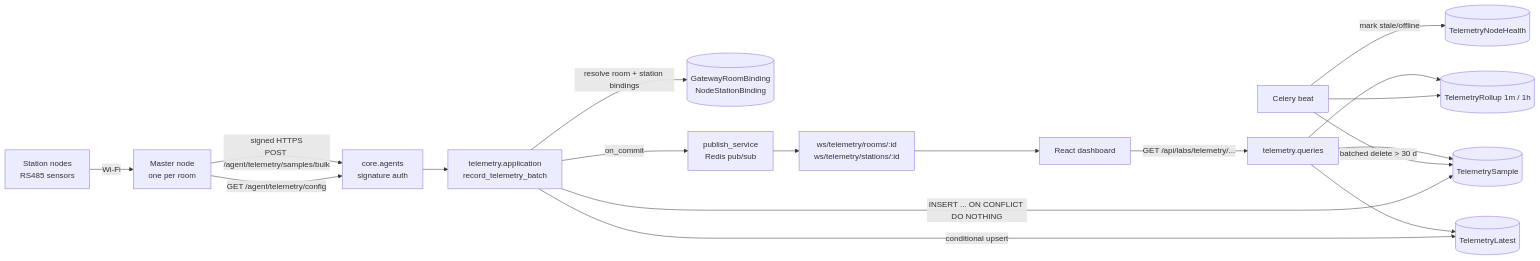
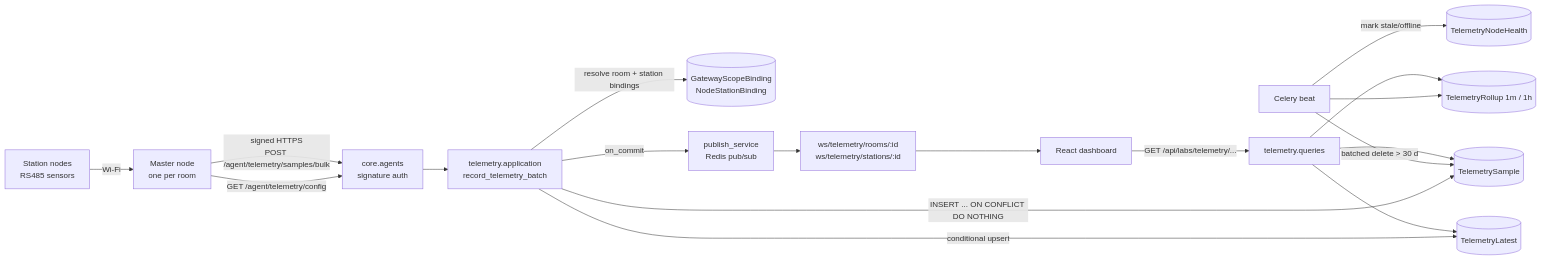
Before and after one commit to angustino88/lab-mango: the second of 4 diagrams in docs/proposals/environment-telemetry.md, drawn with Mermaid. The commit also changed other lines of this file, not shown here.

````diff
--- a/docs/proposals/environment-telemetry.md
+++ b/docs/proposals/environment-telemetry.md
@@ -151,18 +183,18 @@
 ```mermaid
 flowchart LR
   SN[Station nodes<br/>RS485 sensors] -- Wi-Fi --> N[Master node<br/>one per room]
   N -- "GET /agent/telemetry/config" --> AG
   N -- "signed HTTPS<br/>POST /agent/telemetry/samples/bulk" --> AG[core.agents<br/>signature auth]
   AG --> CMD[telemetry.application<br/>record_telemetry_batch]
-  CMD -- resolve room + station bindings --> B[(GatewayRoomBinding<br/>NodeStationBinding)]
+  CMD -- resolve room + station bindings --> B[(GatewayScopeBinding<br/>NodeStationBinding)]
   CMD -- INSERT ... ON CONFLICT DO NOTHING --> S[(TelemetrySample)]
   CMD -- conditional upsert --> L[(TelemetryLatest)]
   CMD -- on_commit --> P[publish_service<br/>Redis pub/sub]
   P --> WS[ws/telemetry/rooms/:id<br/>ws/telemetry/stations/:id]
   WS --> FE[React dashboard]
   CEL[Celery beat] --> R[(TelemetryRollup 1m / 1h)]
   CEL -- batched delete > 30 d --> S
   CEL -- mark stale/offline --> H[(TelemetryNodeHealth)]
   FE -- "GET /api/labs/telemetry/..." --> Q[telemetry.queries]
   Q --> L & R & S
 ```
````
